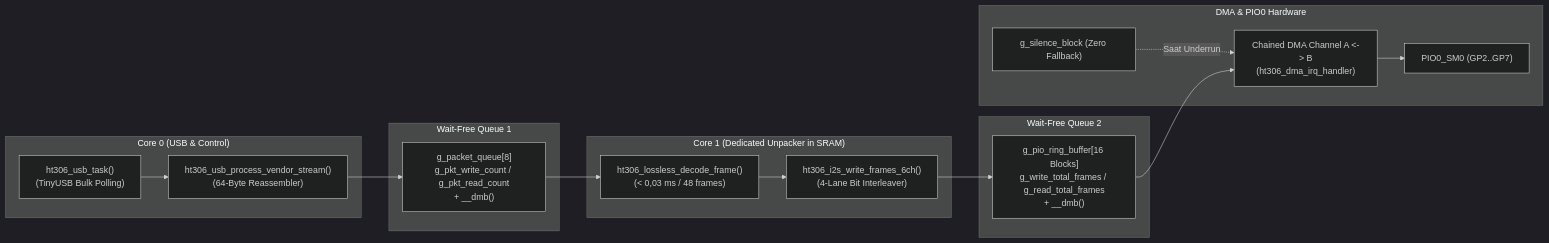
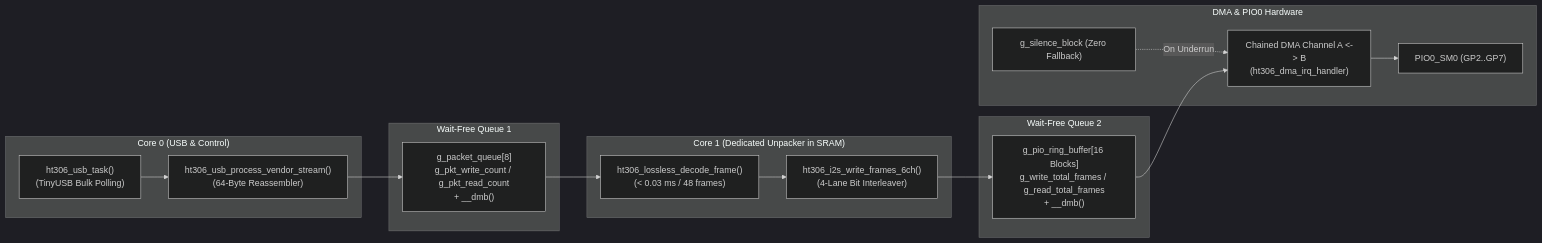
Before and after one commit to aan-andiyanaS/LG-HT306-Direct-I2S-5.1-7.1-Lossless-96kHz-USB-Bridge: the second of 2 diagrams in docs/03_PIO_4Lane_I2S_and_DualCore_DMA.md, drawn with Mermaid (dark theme). The commit also changed other lines of this file and 11 other files, not shown here.

````diff
--- a/docs/03_PIO_4Lane_I2S_and_DualCore_DMA.md
+++ b/docs/03_PIO_4Lane_I2S_and_DualCore_DMA.md
@@ -63,33 +67,33 @@
 ```mermaid
 flowchart LR
     subgraph CORE0["Core 0 (USB & Control)"]
         USB_TASK["ht306_usb_task()\n(TinyUSB Bulk Polling)"]
         REASM["ht306_usb_process_vendor_stream()\n(64-Byte Reassembler)"]
         USB_TASK --> REASM
     end
 
     subgraph SPSC1["Wait-Free Queue 1"]
         PKT_Q["g_packet_queue[8]\ng_pkt_write_count / g_pkt_read_count\n+ __dmb()"]
     end
 
     subgraph CORE1["Core 1 (Dedicated Unpacker in SRAM)"]
-        DEC["ht306_lossless_decode_frame()\n(< 0,03 ms / 48 frames)"]
+        DEC["ht306_lossless_decode_frame()\n(< 0.03 ms / 48 frames)"]
         INT["ht306_i2s_write_frames_6ch()\n(4-Lane Bit Interleaver)"]
         DEC --> INT
     end
 
     subgraph SPSC2["Wait-Free Queue 2"]
         PIO_RB["g_pio_ring_buffer[16 Blocks]\ng_write_total_frames / g_read_total_frames\n+ __dmb()"]
     end
 
     subgraph HW_DMA["DMA & PIO0 Hardware"]
         DMA_AB["Chained DMA Channel A <-> B\n(ht306_dma_irq_handler)"]
         SIL["g_silence_block (Zero Fallback)"]
         PIO_SM["PIO0_SM0 (GP2..GP7)"]
         DMA_AB --> PIO_SM
-        SIL -.->|"Saat Underrun"| DMA_AB
+        SIL -.->|"On Underrun"| DMA_AB
     end
 
     REASM --> PKT_Q --> DEC
     INT --> PIO_RB --> DMA_AB
 ```
````
